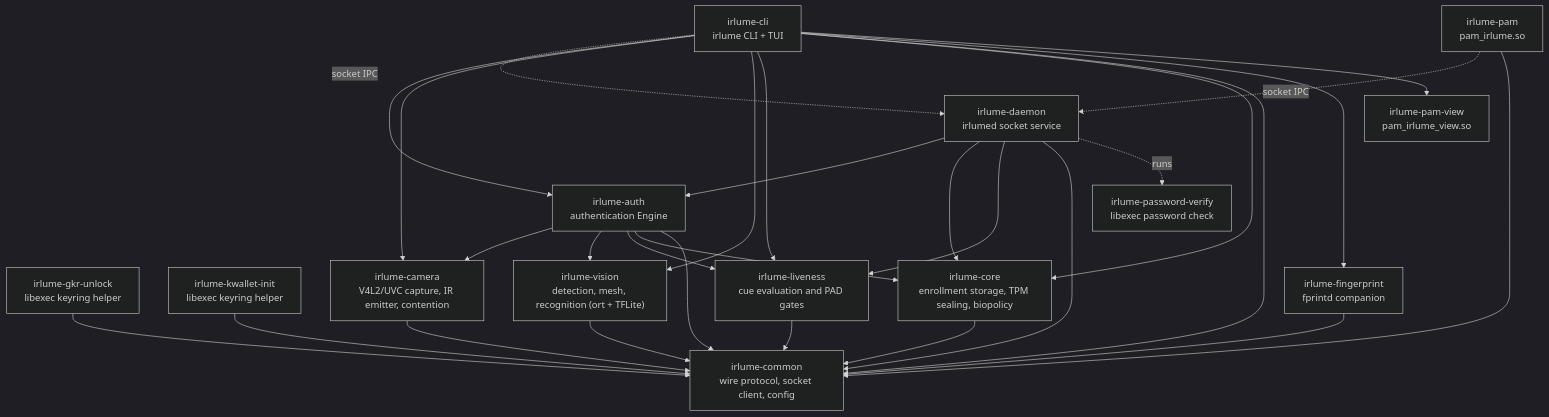
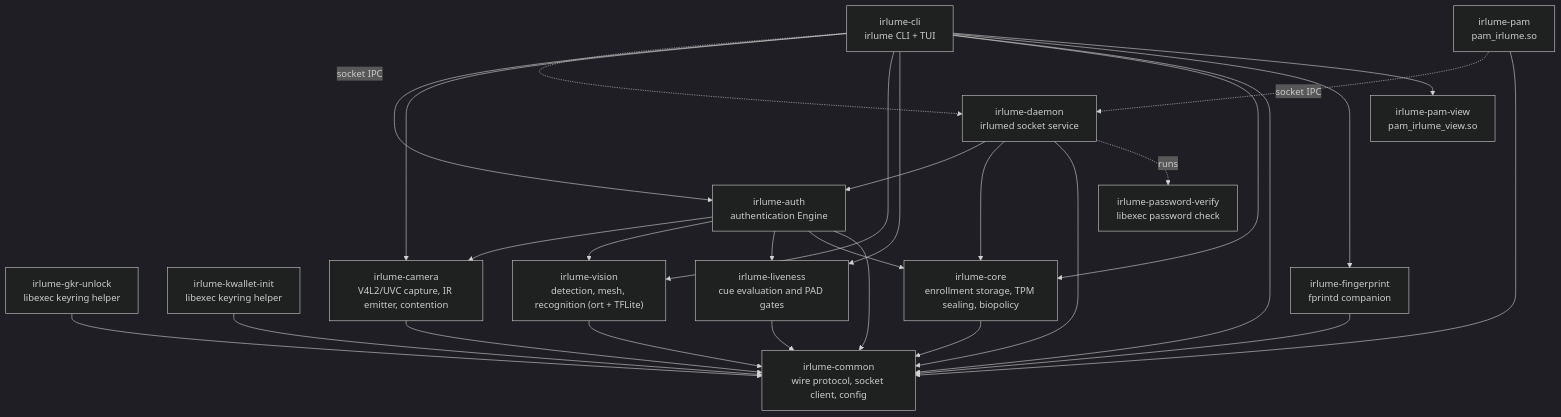
The diagram in crates/README.md (archledger/irlume), drawn with Mermaid (dark theme) before and after one commit. The commit also changed other lines of this file and 24 other files, not shown here.

````diff
--- a/crates/README.md
+++ b/crates/README.md
@@ -11,46 +11,45 @@
 ```mermaid
 flowchart TD
     pam["irlume-pam<br/>pam_irlume.so"]
     pamview["irlume-pam-view<br/>pam_irlume_view.so"]
     cli["irlume-cli<br/>irlume CLI + TUI"]
     gkr["irlume-gkr-unlock<br/>libexec keyring helper"]
     kwi["irlume-kwallet-init<br/>libexec keyring helper"]
     daemon["irlume-daemon<br/>irlumed socket service"]
     auth["irlume-auth<br/>authentication Engine"]
     camera["irlume-camera<br/>V4L2/UVC capture, IR emitter, contention"]
     vision["irlume-vision<br/>detection, mesh, recognition (ort + TFLite)"]
     liveness["irlume-liveness<br/>cue evaluation and PAD gates"]
     core["irlume-core<br/>enrollment storage, TPM sealing, biopolicy"]
     common["irlume-common<br/>wire protocol, socket client, config"]
     fp["irlume-fingerprint<br/>fprintd companion"]
     pwv["irlume-password-verify<br/>libexec password check"]
 
     pam -. "socket IPC" .-> daemon
     cli -. "socket IPC" .-> daemon
     auth --> camera
     auth --> vision
     auth --> liveness
     auth --> core
     auth --> common
     daemon --> auth
     daemon --> core
-    daemon --> liveness
     daemon --> common
     cli --> auth
     cli --> camera
     cli --> vision
     cli --> liveness
     cli --> core
     cli --> common
     cli --> fp
     cli --> pamview
     camera --> common
     vision --> common
     liveness --> common
     core --> common
     pam --> common
     gkr --> common
     kwi --> common
     fp --> common
     daemon -. "runs" .-> pwv
 ```
````
